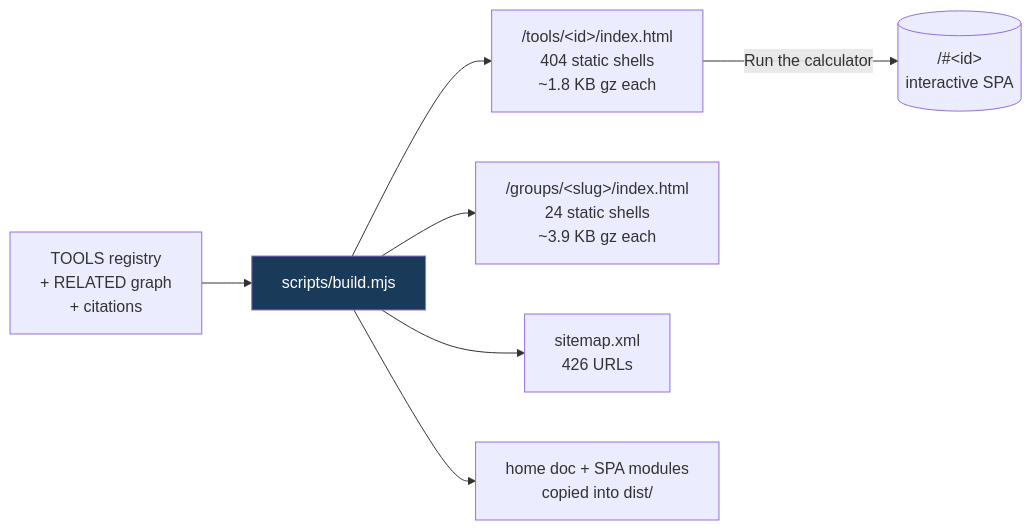
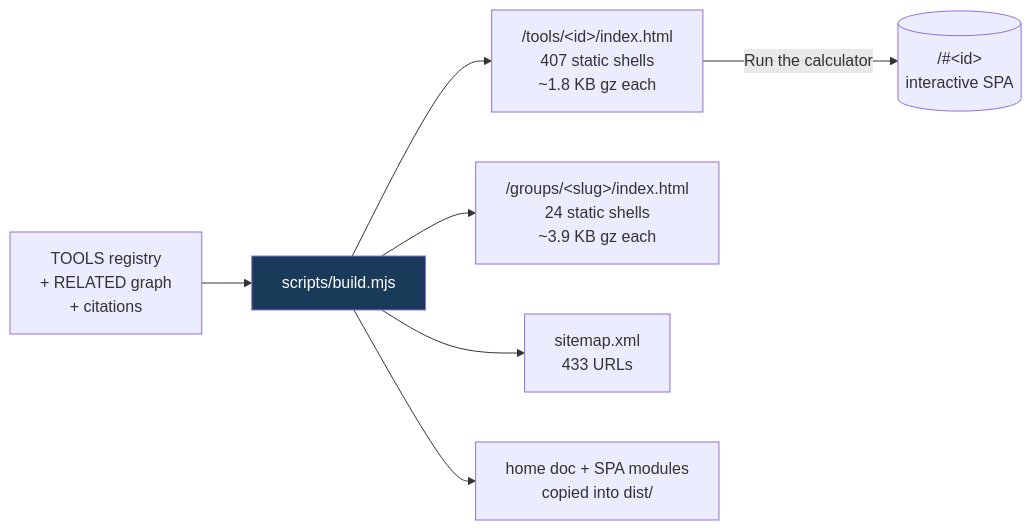
Before and after one commit to clay-good/roughlogic.com: the third of 5 diagrams in README.md, drawn with Mermaid. The commit also changed other lines of this file and 17 other files, not shown here.

````diff
--- a/README.md
+++ b/README.md
@@ -182,10 +182,10 @@
 ```mermaid
 flowchart LR
     SRC[TOOLS registry\n+ RELATED graph\n+ citations] --> BUILD[scripts/build.mjs]
-    BUILD --> TILE["/tools/&lt;id&gt;/index.html\n404 static shells\n~1.8 KB gz each"]
+    BUILD --> TILE["/tools/&lt;id&gt;/index.html\n407 static shells\n~1.8 KB gz each"]
     BUILD --> GROUP["/groups/&lt;slug&gt;/index.html\n24 static shells\n~3.9 KB gz each"]
-    BUILD --> MAP["sitemap.xml\n426 URLs"]
+    BUILD --> MAP["sitemap.xml\n433 URLs"]
     BUILD --> COPY[home doc + SPA modules\ncopied into dist/]
     TILE -->|Run the calculator| SPA[("/#&lt;id&gt;\ninteractive SPA")]
     style BUILD fill:#1a3a5a,color:#fff
 ```
````
